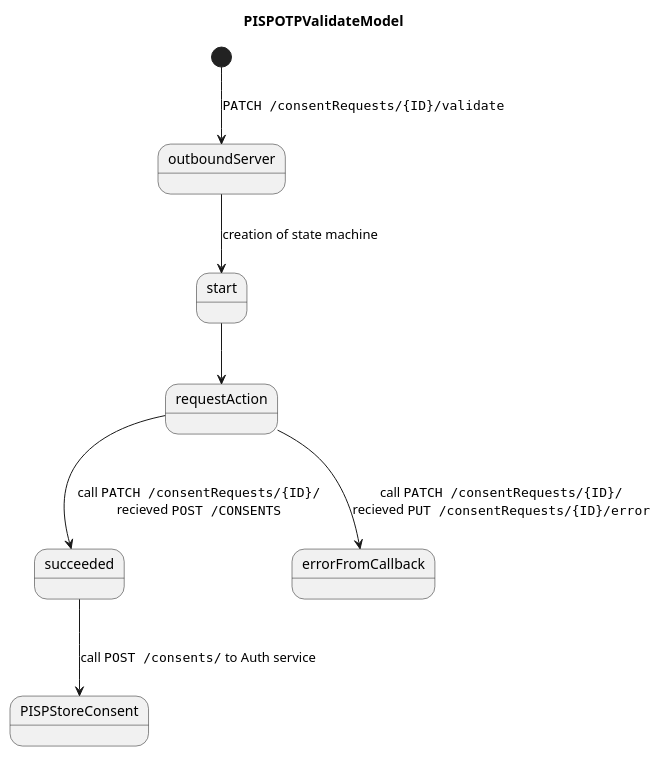
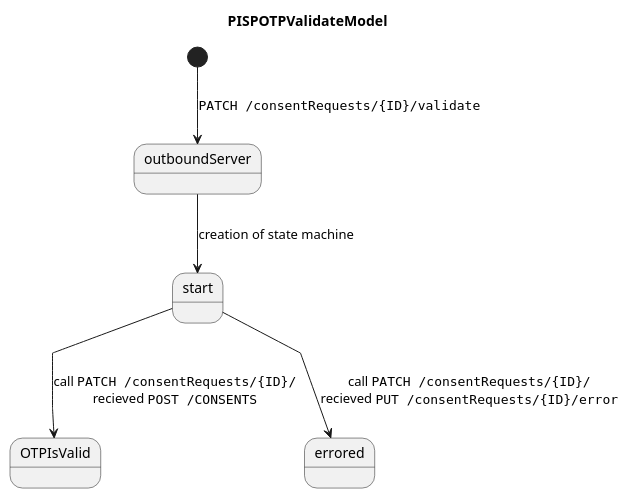
One commit to mojaloop/thirdparty-sdk changed the diagram in docs/sequence/PISPOTPValidateModel.puml. Above: the diagram before and after it, drawn with PlantUML. The commit also changed 3 other files, not shown here.

Commit message:
docs: updates seq diagrams

```diff
--- a/docs/sequence/PISPOTPValidateModel.puml
+++ b/docs/sequence/PISPOTPValidateModel.puml
@@ -1,12 +1,11 @@
 @startuml PISPOTPValidateModel
+skinparam linetype polyline
 
 title PISPOTPValidateModel
 
 [*] --> outboundServer: ""PATCH /consentRequests/{ID}/validate""
 outboundServer --> start: creation of state machine
-start --> requestAction
-requestAction --> succeeded:\ncall ""PATCH /consentRequests/{ID}/""\nrecieved ""POST /CONSENTS""
-requestAction --> errorFromCallback:\ncall ""PATCH /consentRequests/{ID}/""\nrecieved ""PUT /consentRequests/{ID}/error""
-succeeded --> PISPStoreConsent:\ncall ""POST /consents/"" to Auth service
+start --> OTPIsValid:\ncall ""PATCH /consentRequests/{ID}/""\nrecieved ""POST /CONSENTS""
+start --> errored:\ncall ""PATCH /consentRequests/{ID}/""\nrecieved ""PUT /consentRequests/{ID}/error""
 
 @enduml
```
